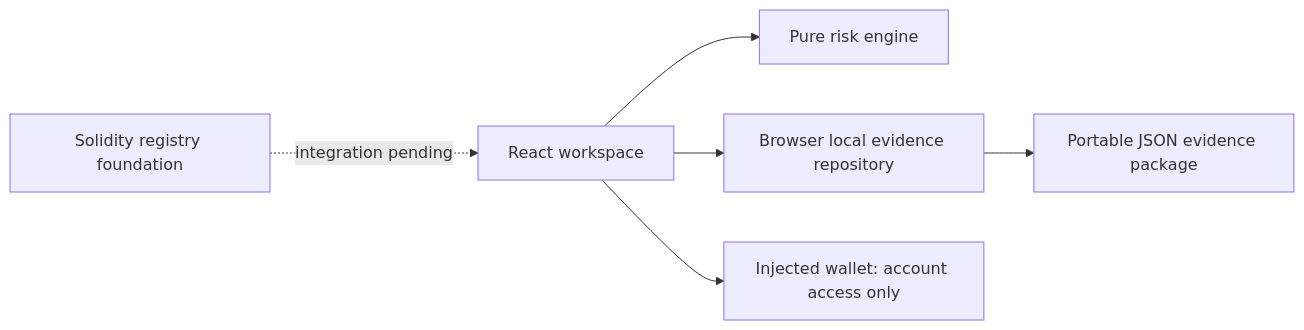
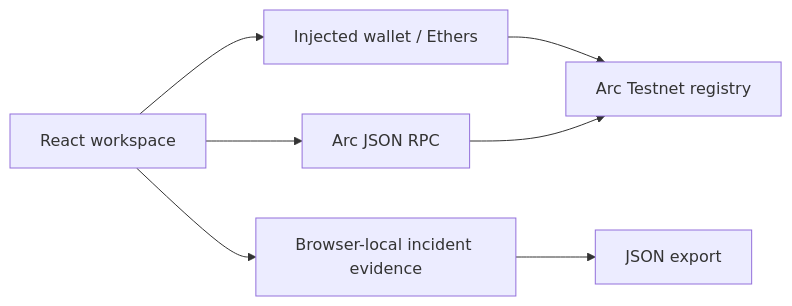
The diagram in README.md (paradox-prakhar/AEGIS-PROTOCOL), drawn with Mermaid before and after one commit. The commit also changed other lines of this file and 11 other files, not shown here.

Commit message:
Integrate Arc wallet and onchain report lifecycle with deployment guide

````diff
--- a/README.md
+++ b/README.md
@@ -35,8 +43,9 @@
 ```mermaid
 flowchart LR
-  UI[React workspace] --> Risk[Pure risk engine]
-  UI --> Evidence[Browser local evidence repository]
-  Evidence --> Export[Portable JSON evidence package]
-  UI --> Wallet[Injected wallet: account access only]
-  Contract[Solidity registry foundation] -. integration pending .-> UI
+  UI[React workspace] --> Wallet[Injected wallet / Ethers]
+  Wallet --> Registry[Arc Testnet registry]
+  UI --> RPC[Arc JSON RPC]
+  RPC --> Registry
+  UI --> Local[Browser-local incident evidence]
+  Local --> Export[JSON export]
 ```
````
